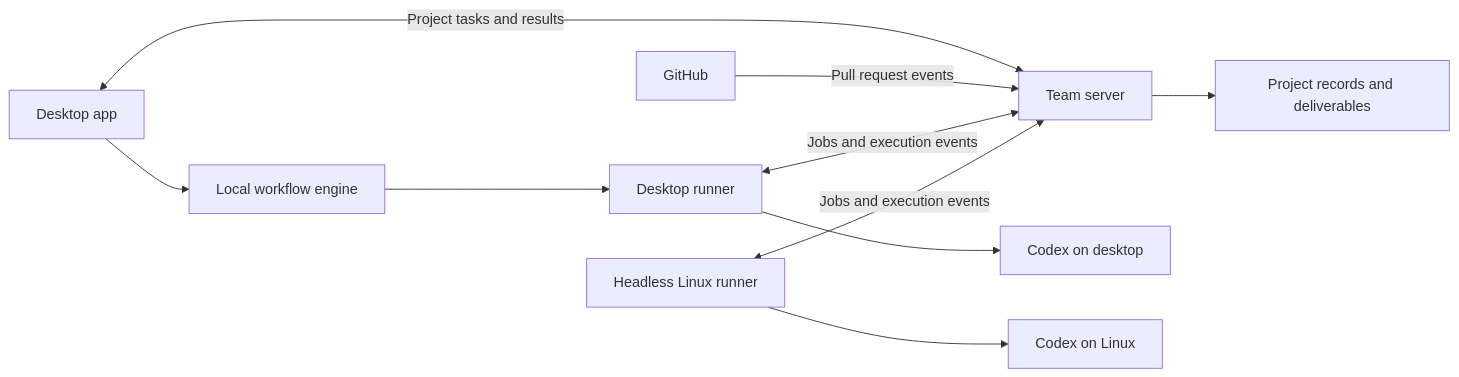
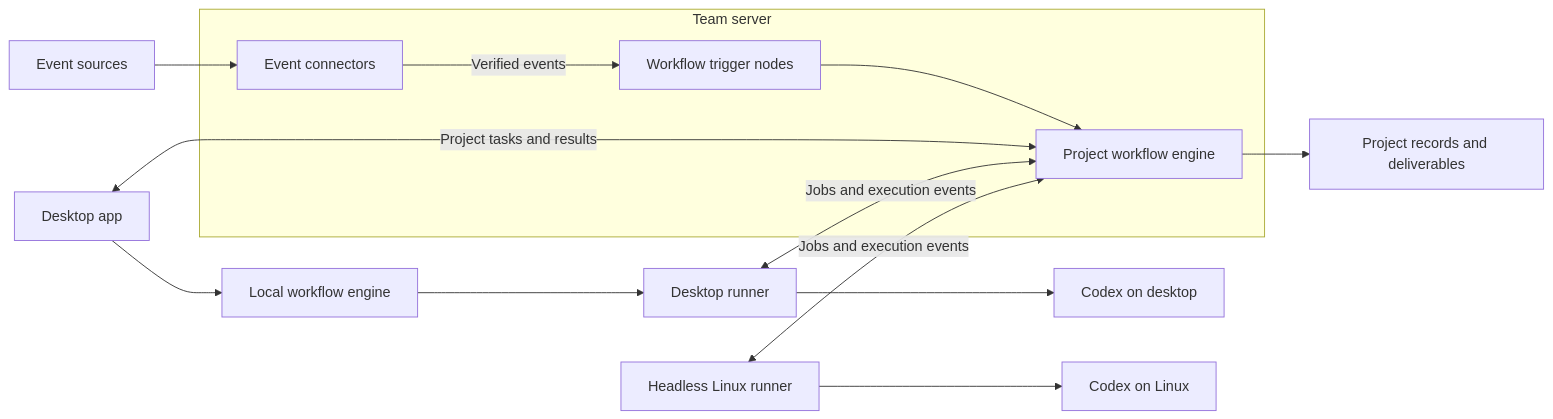
The diagram in docs/design.md (vanga999/meshwork), drawn with Mermaid before and after one commit. The commit also changed other lines of this file and 3 other files, not shown here.

Commit message:
Define configurable workflow trigger nodes (#2)

````diff
--- a/docs/design.md
+++ b/docs/design.md
@@ -35,12 +36,16 @@
 ```mermaid
 flowchart LR
     Desktop[Desktop app] --> Local[Local workflow engine]
     Local --> DesktopRunner[Desktop runner]
-    Desktop <-->|Project tasks and results| Team[Team server]
-    GitHub[GitHub] -->|Pull request events| Team
-    DesktopRunner <-->|Jobs and execution events| Team
-    LinuxRunner[Headless Linux runner] <-->|Jobs and execution events| Team
+    subgraph Team[Team server]
+        Connectors[Event connectors] -->|Verified events| Triggers[Workflow trigger nodes]
+        Triggers --> ProjectWork[Project workflow engine]
+    end
+    Desktop <-->|Project tasks and results| ProjectWork
+    Sources[Event sources] --> Connectors
+    DesktopRunner <-->|Jobs and execution events| ProjectWork
+    LinuxRunner[Headless Linux runner] <-->|Jobs and execution events| ProjectWork
     DesktopRunner --> DesktopCodex[Codex on desktop]
     LinuxRunner --> LinuxCodex[Codex on Linux]
-    Team --> Store[Project records and deliverables]
+    ProjectWork --> Store[Project records and deliverables]
 ```
````
